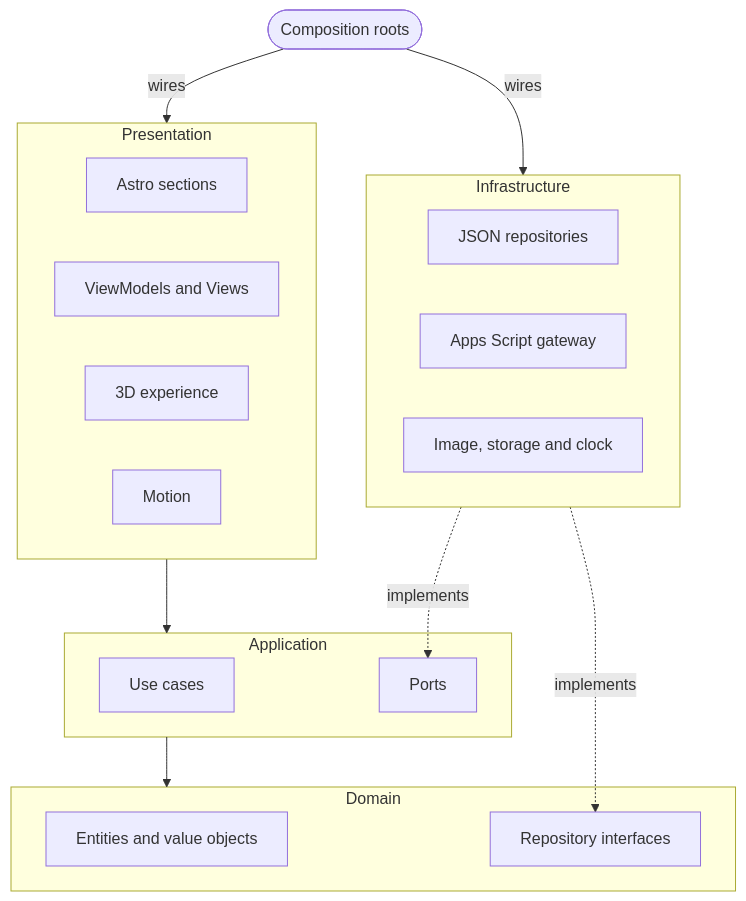
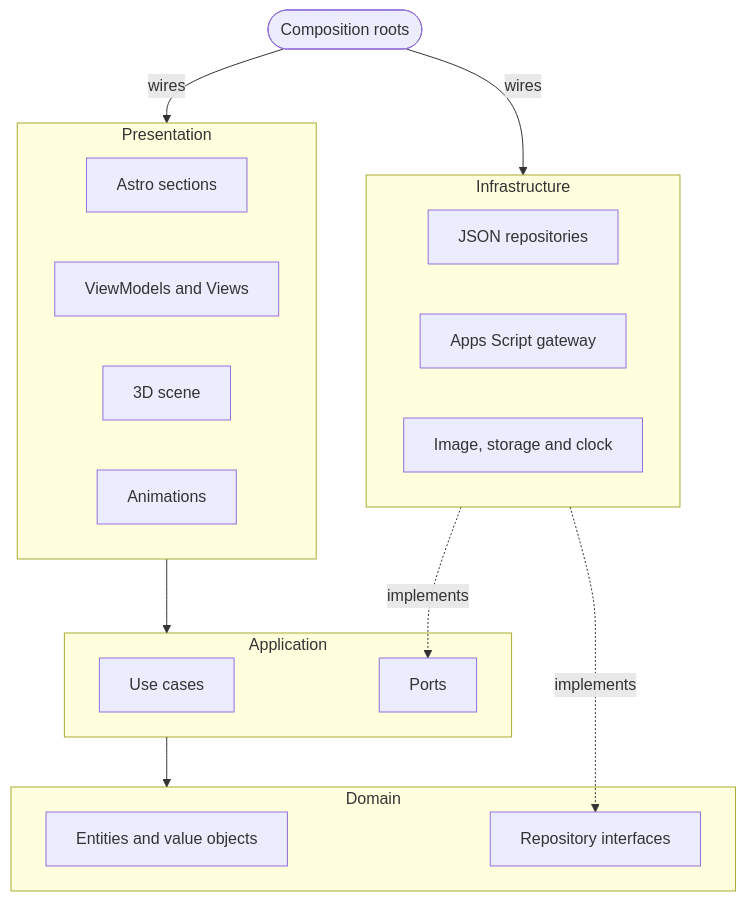
Before and after one commit to Marcos-Codfy/lp-hackarun: the first of 2 diagrams in README.en.md, drawn with Mermaid. The commit also changed other lines of this file and 47 other files, not shown here.

````diff
--- a/README.en.md
+++ b/README.en.md
@@ -143,30 +121,30 @@
 ```mermaid
 flowchart TB
   subgraph PRES["Presentation"]
     SEC["Astro sections"]
     MVVM["ViewModels and Views"]
-    XP["3D experience"]
-    MOT["Motion"]
+    XP["3D scene"]
+    MOT["Animations"]
   end
   subgraph APP["Application"]
     UC["Use cases"]
     PORTS["Ports"]
   end
   subgraph DOM["Domain"]
     ENT["Entities and value objects"]
     REPO["Repository interfaces"]
   end
   subgraph INFRA["Infrastructure"]
     JSON["JSON repositories"]
     GAS["Apps Script gateway"]
     ADP["Image, storage and clock"]
   end
   COMP(["Composition roots"])
 
   COMP -- wires --> PRES
   COMP -- wires --> INFRA
   PRES --> APP
   APP --> DOM
   INFRA -. implements .-> PORTS
   INFRA -. implements .-> REPO
 ```
````
